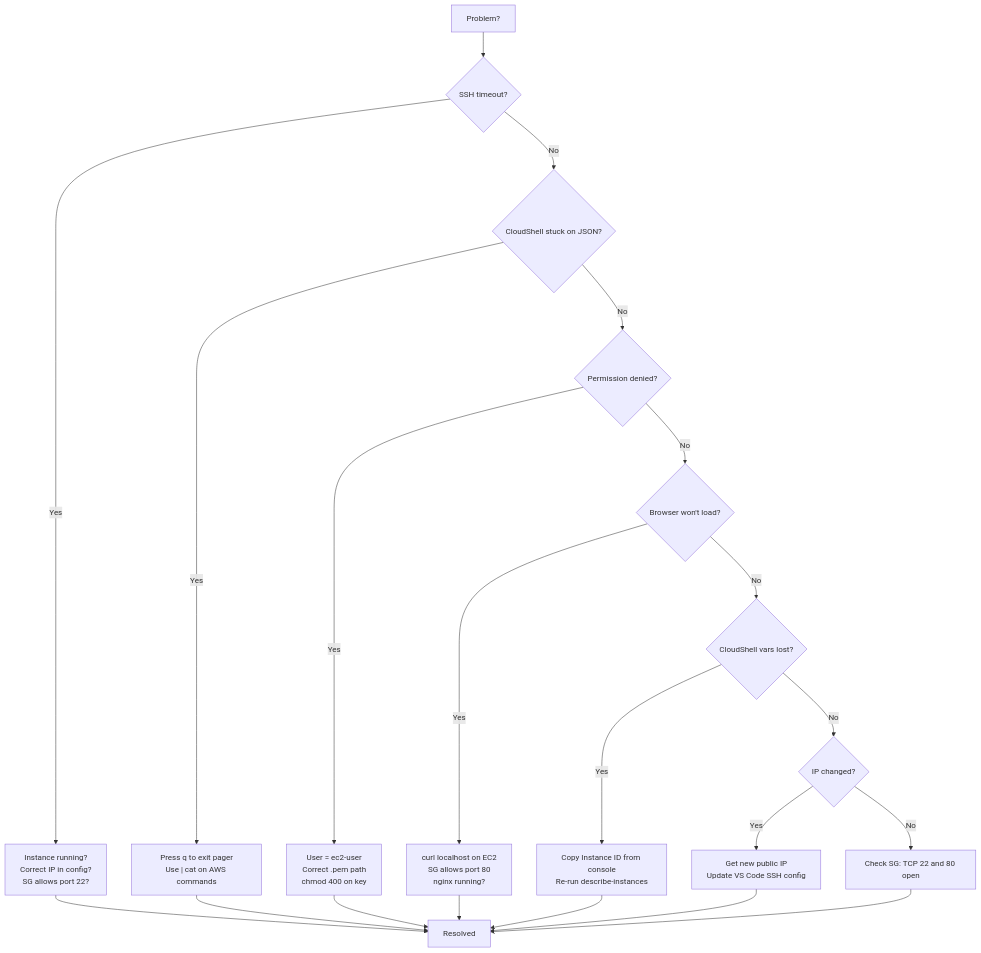
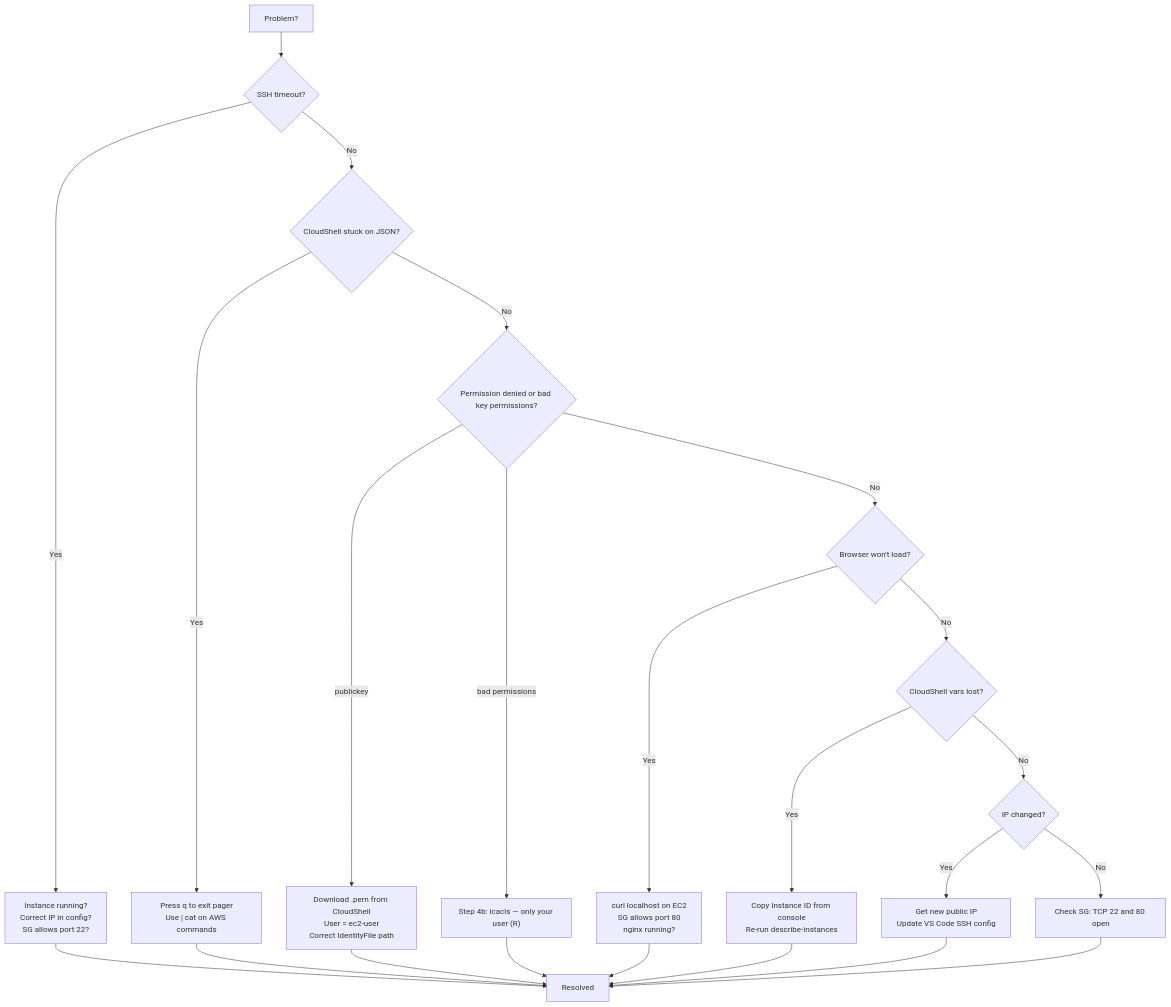
One commit to gjkaur/ai-in-cybersecurity changed the first of 9 diagrams in gurinder_practice/lab 1.1/1.1-Instance-Setup-Guide.md. Above: the diagram before and after it, drawn with Mermaid. The commit also changed other lines of this file and 1 other file, not shown here.

First line of the commit message:
Document Lab 1.1 pitfalls and Windows SSH key fixes from live walkthrough.

````diff
--- a/gurinder_practice/lab 1.1/1.1-Instance-Setup-Guide.md
+++ b/gurinder_practice/lab 1.1/1.1-Instance-Setup-Guide.md
@@ -332,23 +456,25 @@
 ```mermaid
 graph TD
     Start["Problem?"] --> C1{"SSH timeout?"}
     C1 -->|Yes| T1["Instance running?<br/>Correct IP in config?<br/>SG allows port 22?"]
     C1 -->|No| C0{"CloudShell stuck on JSON?"}
     C0 -->|Yes| T0["Press q to exit pager<br/>Use | cat on AWS commands"]
-    C0 -->|No| C2{"Permission denied?"}
-    C2 -->|Yes| T2["User = ec2-user<br/>Correct .pem path<br/>chmod 400 on key"]
+    C0 -->|No| C2{"Permission denied or bad key permissions?"}
+    C2 -->|publickey| T2a["Download .pem from CloudShell<br/>User = ec2-user<br/>Correct IdentityFile path"]
+    C2 -->|bad permissions| T2b["Step 4b: icacls — only your user (R)"]
     C2 -->|No| C3{"Browser won't load?"}
     C3 -->|Yes| T3["curl localhost on EC2<br/>SG allows port 80<br/>nginx running?"]
     C3 -->|No| C4{"CloudShell vars lost?"}
     C4 -->|Yes| T4["Copy Instance ID from console<br/>Re-run describe-instances"]
     C4 -->|No| C5{"IP changed?"}
     C5 -->|Yes| T5["Get new public IP<br/>Update VS Code SSH config"]
     C5 -->|No| T6["Check SG: TCP 22 and 80 open"]
     T0 --> OK["Resolved"]
     T1 --> OK["Resolved"]
-    T2 --> OK
+    T2a --> OK
+    T2b --> OK
     T3 --> OK
     T4 --> OK
     T5 --> OK
     T6 --> OK
 ```
````
